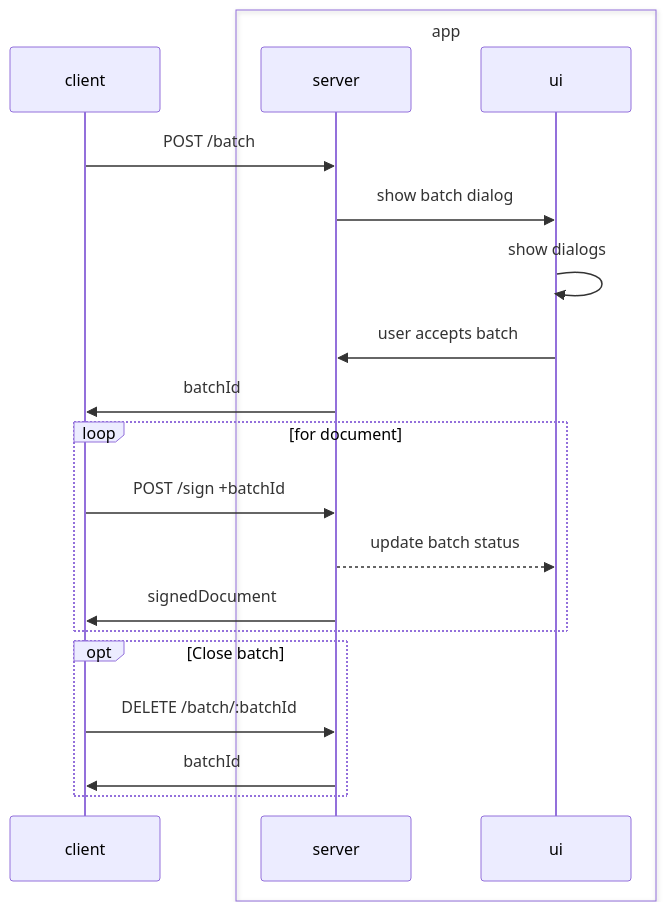
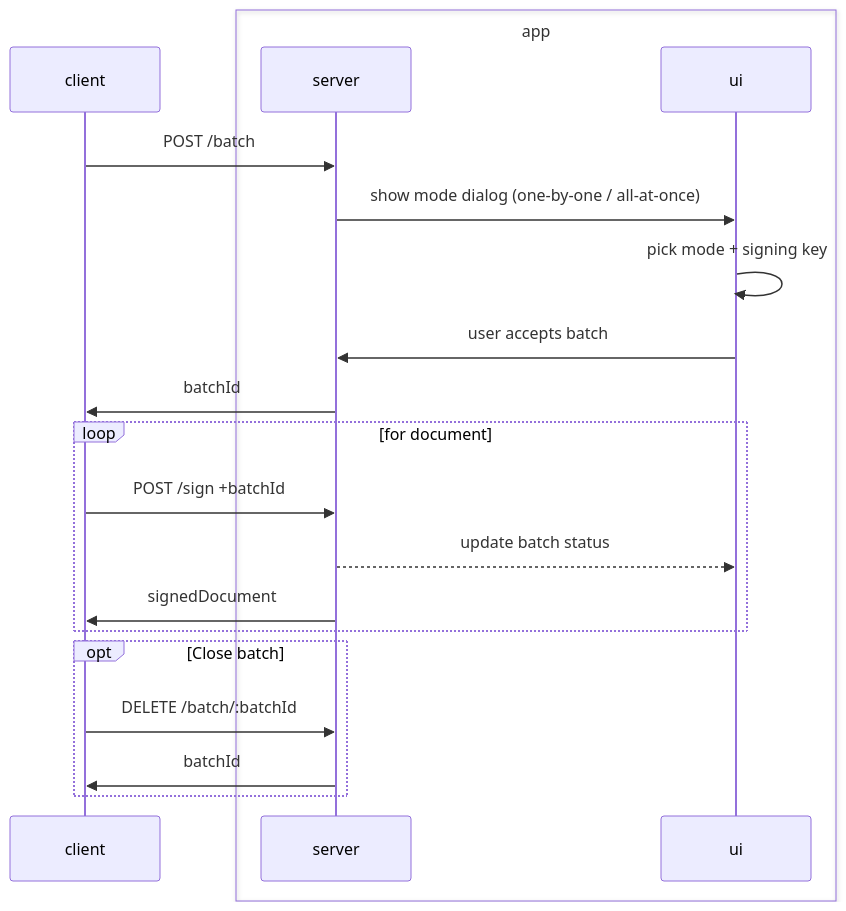
The first of 2 diagrams in docs/batch-sign-api.md (slovensko-digital/autogram), drawn with Mermaid before and after one commit. The commit also changed other lines of this file and 12 other files, not shown here.

````diff
--- a/docs/batch-sign-api.md
+++ b/docs/batch-sign-api.md
@@ -27,25 +26,25 @@
 ```mermaid
 sequenceDiagram
     participant client
     box app
         participant server
         participant ui
     end
 
     client->>server: POST /batch
-    server->>ui: show batch dialog
-    ui->>ui: show dialogs
+    server->>ui: show mode dialog (one-by-one / all-at-once)
+    ui->>ui: pick mode + signing key
     ui->>server: user accepts batch
     server->>client: batchId
 
     loop for document
         client->>server: POST /sign +batchId
         server-->>ui: update batch status
         server->>client: signedDocument
     end
 
     opt Close batch
         client->>server: DELETE /batch/:batchId
         server->>client: batchId
     end
 ```
````
